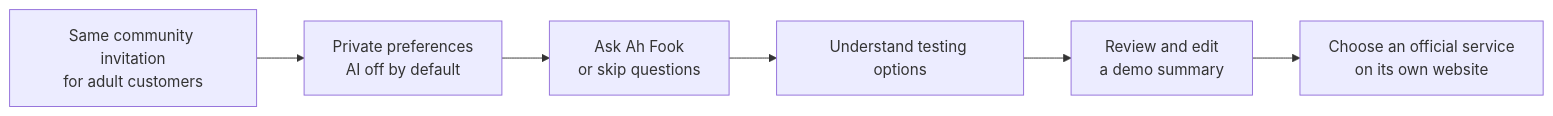
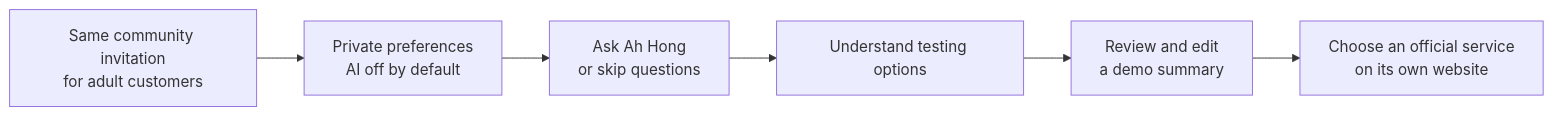
Before and after one commit to stephenovo/H-plus: the first of 2 diagrams in README.md, drawn with Mermaid. The commit also changed other lines of this file and 19 other files, not shown here.

````diff
--- a/README.md
+++ b/README.md
@@ -47,8 +49,8 @@
 ```mermaid
 flowchart LR
     A["Same community invitation\nfor adult customers"] --> B["Private preferences\nAI off by default"]
-    B --> C["Ask Ah Fook\nor skip questions"]
+    B --> C["Ask Ah Hong\nor skip questions"]
     C --> D["Understand testing options"]
     D --> E["Review and edit\na demo summary"]
     E --> F["Choose an official service\non its own website"]
 ```
````
